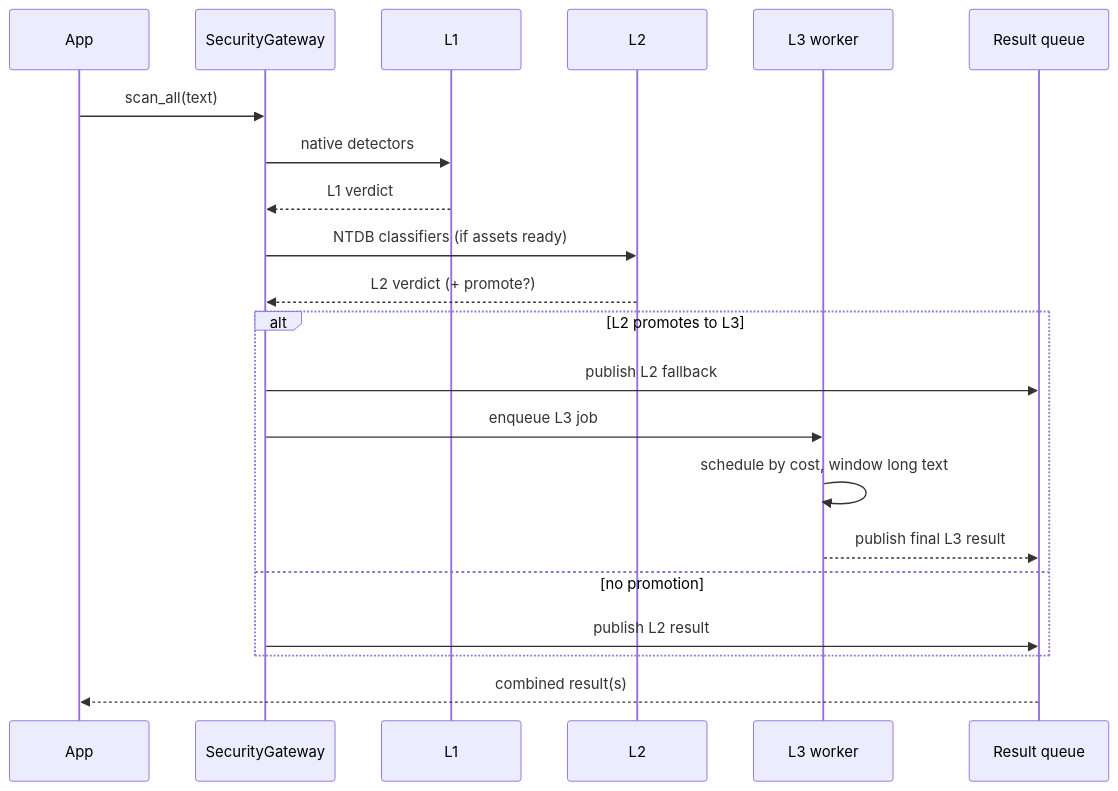
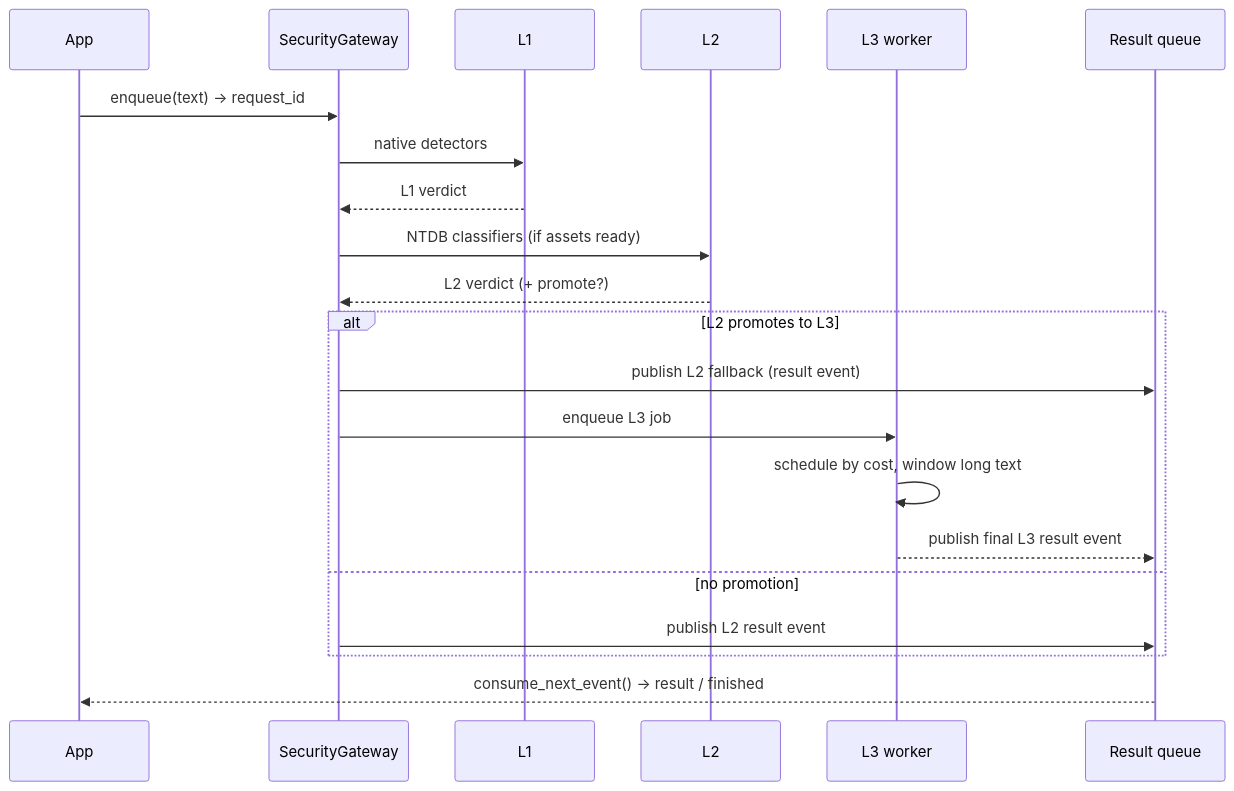
The second of 2 diagrams in docs/concepts/architecture.md (patronus-protect/patronus-security), drawn with Mermaid before and after one commit. The commit also changed other lines of this file and 19 other files, not shown here.

Commit message:
docs: align with patronus-ark naming, enqueue/consume primary path, NTDB=Non Transformer Decision Block, accurate L3 residency; disable external contributions

````diff
--- a/docs/concepts/architecture.md
+++ b/docs/concepts/architecture.md
@@ -116,24 +120,24 @@
 ```mermaid
 sequenceDiagram
     participant App
     participant GW as SecurityGateway
     participant L1
     participant L2
     participant W as L3 worker
     participant Q as Result queue
 
-    App->>GW: scan_all(text)
+    App->>GW: enqueue(text) → request_id
     GW->>L1: native detectors
     L1-->>GW: L1 verdict
     GW->>L2: NTDB classifiers (if assets ready)
     L2-->>GW: L2 verdict (+ promote?)
     alt L2 promotes to L3
-        GW->>Q: publish L2 fallback
+        GW->>Q: publish L2 fallback (result event)
         GW->>W: enqueue L3 job
         W->>W: schedule by cost, window long text
-        W-->>Q: publish final L3 result
+        W-->>Q: publish final L3 result event
     else no promotion
-        GW->>Q: publish L2 result
+        GW->>Q: publish L2 result event
     end
-    Q-->>App: combined result(s)
+    Q-->>App: consume_next_event() → result / finished
 ```
````
